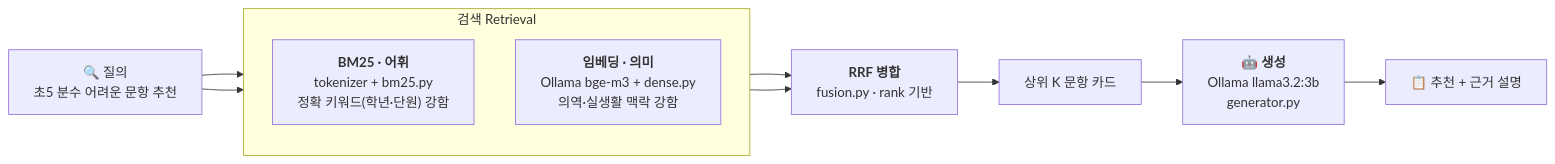
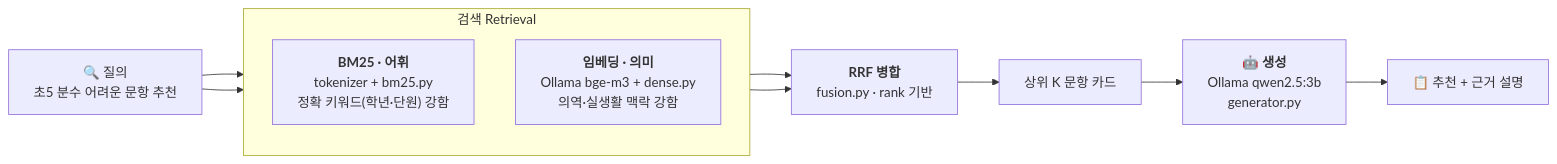
The diagram in README.md (byunkyusup/A005-math-item-hybrid-rag), drawn with Mermaid before and after one commit. The commit also changed other lines of this file and 1 other file, not shown here.

First line of the commit message:
feat: 생성 모델 llama3.2:3b → qwen2.5:3b (한국어 품질 개선)

````diff
--- a/README.md
+++ b/README.md
@@ -55,19 +55,19 @@
 ```mermaid
 flowchart LR
     Q["🔍 질의<br/>초5 분수 어려운 문항 추천"]
 
     subgraph R["검색 Retrieval"]
         direction TB
         BM25["<b>BM25 · 어휘</b><br/>tokenizer + bm25.py<br/>정확 키워드(학년·단원) 강함"]
         DENSE["<b>임베딩 · 의미</b><br/>Ollama bge-m3 + dense.py<br/>의역·실생활 맥락 강함"]
     end
 
     RRF["<b>RRF 병합</b><br/>fusion.py · rank 기반"]
     TOPK["상위 K 문항 카드"]
-    GEN["🤖 <b>생성</b><br/>Ollama llama3.2:3b<br/>generator.py"]
+    GEN["🤖 <b>생성</b><br/>Ollama qwen2.5:3b<br/>generator.py"]
     OUT["📋 추천 + 근거 설명"]
 
     Q --> BM25 --> RRF
     Q --> DENSE --> RRF
     RRF --> TOPK --> GEN --> OUT
 ```
````
